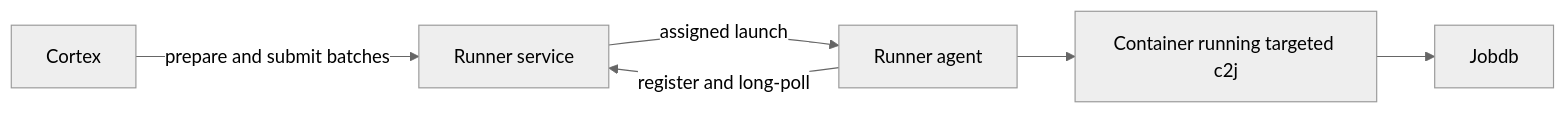
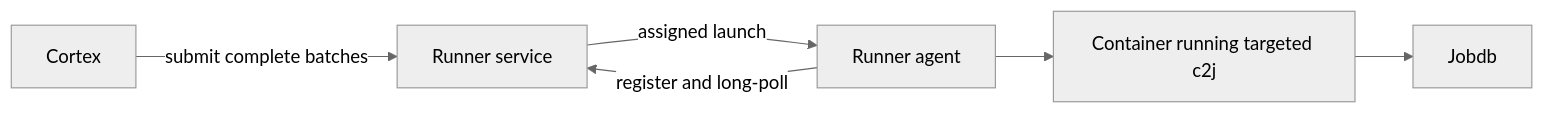
Before and after one commit to colony-2/pulse: the second of 2 diagrams in DESIGN.md, drawn with Mermaid (neutral theme). The commit also changed other lines of this file and 6 other files, not shown here.

````diff
--- a/DESIGN.md
+++ b/DESIGN.md
@@ -357,8 +334,8 @@
 ```mermaid
 flowchart LR
-    C[Cortex] -->|prepare and submit batches| S[Runner service]
+    C[Cortex] -->|submit complete batches| S[Runner service]
     R[Runner agent] -->|register and long-poll| S
     S -->|assigned launch| R
     R --> E[Container running targeted c2j]
     E --> J[Jobdb]
 ```
````
